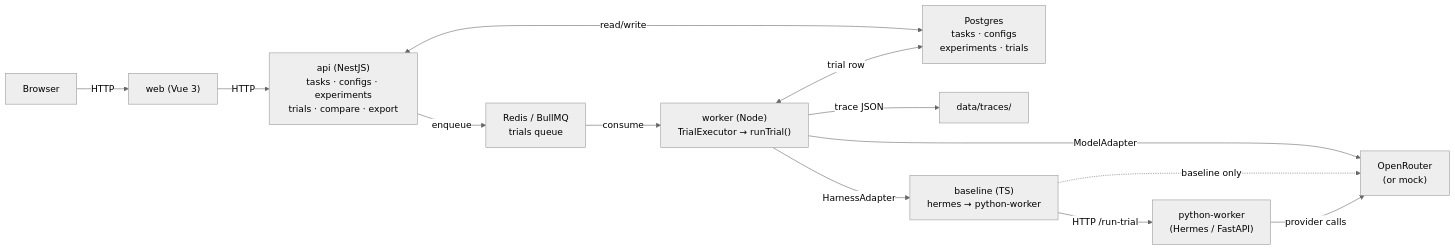
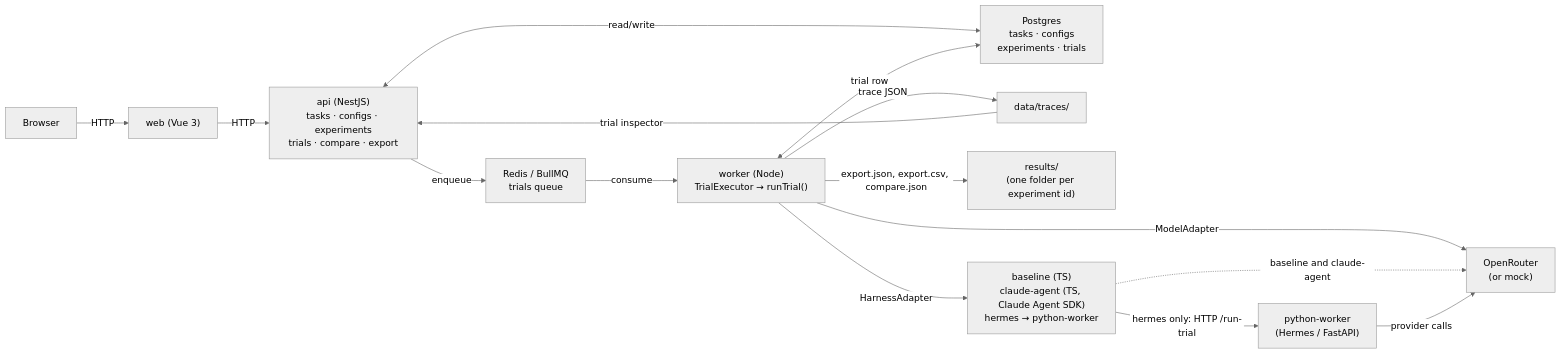
The diagram in deliverables/DESIGN.md (satyampurwar/agent-evals), drawn with Mermaid (neutral theme) before and after one commit. The commit also changed other lines of this file and 6 other files, not shown here.

````diff
--- a/deliverables/DESIGN.md
+++ b/deliverables/DESIGN.md
@@ -7,18 +7,20 @@
 ```mermaid
 flowchart LR
   Browser -->|HTTP| Web["web (Vue 3)"]
   Web -->|HTTP| Api["api (NestJS)<br/>tasks · configs · experiments<br/>trials · compare · export"]
 
   Api -->|enqueue| Redis["Redis / BullMQ<br/>trials queue"]
   Api <-->|read/write| Pg["Postgres<br/>tasks · configs<br/>experiments · trials"]
 
   Redis -->|consume| Worker["worker (Node)<br/>TrialExecutor → runTrial()"]
   Worker <-->|trial row| Pg
   Worker -->|trace JSON| Traces["data/traces/"]
+  Traces -->|trial inspector| Api
+  Worker -->|export.json, export.csv, compare.json| Results["results/<br/>(one folder per experiment id)"]
 
-  Worker -->|HarnessAdapter| Harness["baseline (TS)<br/>hermes → python-worker"]
+  Worker -->|HarnessAdapter| Harness["baseline (TS)<br/>claude-agent (TS, Claude Agent SDK)<br/>hermes → python-worker"]
   Worker -->|ModelAdapter| Model["OpenRouter<br/>(or mock)"]
-  Harness -->|HTTP /run-trial| Py["python-worker<br/>(Hermes / FastAPI)"]
-  Harness -.->|baseline only| Model
+  Harness -->|hermes only: HTTP /run-trial| Py["python-worker<br/>(Hermes / FastAPI)"]
+  Harness -.->|baseline and claude-agent| Model
   Py -->|provider calls| Model
 ```
````
